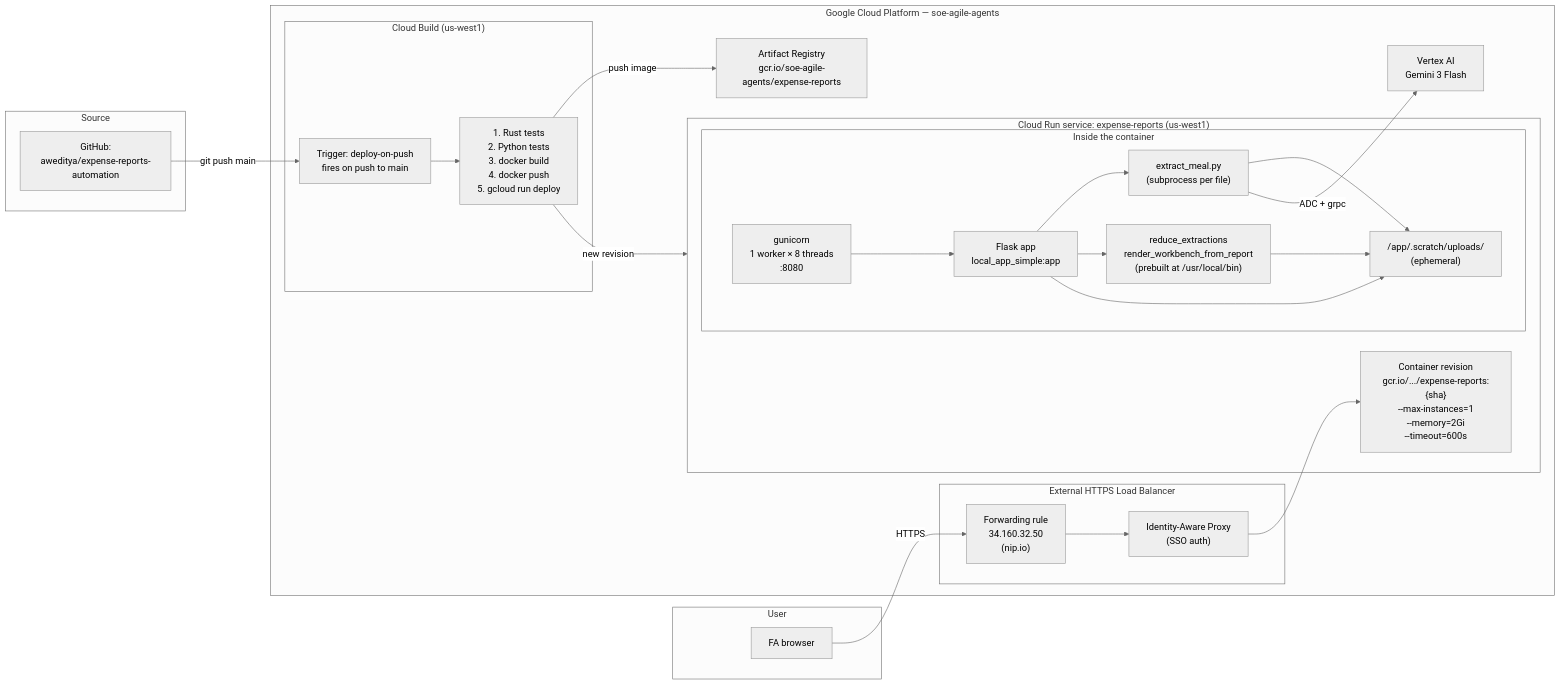
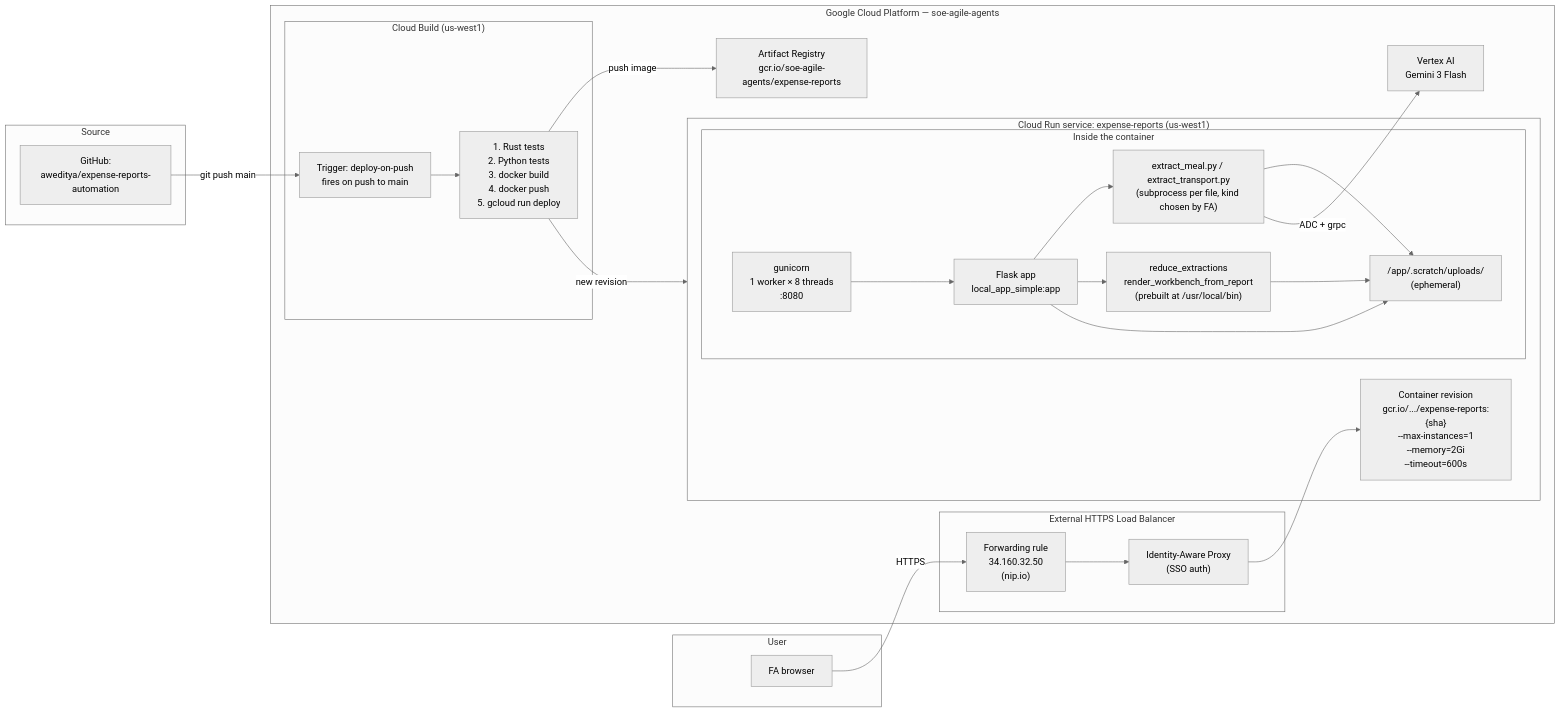
Before and after one commit to aweditya/expense-reports-automation: the fourth of 5 diagrams in docs/SPEC.md, drawn with Mermaid (neutral theme). The commit also changed other lines of this file, not shown here.

````diff
--- a/docs/SPEC.md
+++ b/docs/SPEC.md
@@ -195,52 +215,52 @@
 ```mermaid
 graph LR
     subgraph User["User"]
         Browser["FA browser"]
     end
 
     subgraph GCP["Google Cloud Platform — soe-agile-agents"]
         subgraph LB["External HTTPS Load Balancer"]
             LBFR["Forwarding rule<br/>34.160.32.50<br/>(nip.io)"]
             IAP["Identity-Aware Proxy<br/>(SSO auth)"]
         end
 
         subgraph CR["Cloud Run service: expense-reports (us-west1)"]
             Container["Container revision<br/>gcr.io/.../expense-reports:{sha}<br/>--max-instances=1<br/>--memory=2Gi<br/>--timeout=600s"]
             subgraph Process["Inside the container"]
                 Gunicorn["gunicorn<br/>1 worker × 8 threads<br/>:8080"]
                 Flask2["Flask app<br/>local_app_simple:app"]
-                PyExt["extract_meal.py<br/>(subprocess per file)"]
+                PyExt["extract_meal.py / extract_transport.py<br/>(subprocess per file, kind chosen by FA)"]
                 RustBin["reduce_extractions<br/>render_workbench_from_report<br/>(prebuilt at /usr/local/bin)"]
                 Scratch["/app/.scratch/uploads/<br/>(ephemeral)"]
             end
         end
 
         Vertex["Vertex AI<br/>Gemini 3 Flash"]
         Registry["Artifact Registry<br/>gcr.io/soe-agile-agents/expense-reports"]
 
         subgraph CB["Cloud Build (us-west1)"]
             Trigger["Trigger: deploy-on-push<br/>fires on push to main"]
             BuildSteps["1. Rust tests<br/>2. Python tests<br/>3. docker build<br/>4. docker push<br/>5. gcloud run deploy"]
         end
     end
 
     subgraph Source["Source"]
         GH["GitHub:<br/>aweditya/expense-reports-automation"]
     end
 
     Browser -->|HTTPS| LBFR
     LBFR --> IAP
     IAP --> Container
     Gunicorn --> Flask2
     Flask2 --> PyExt
     Flask2 --> RustBin
     Flask2 --> Scratch
     PyExt --> Scratch
     RustBin --> Scratch
     PyExt -->|ADC + grpc| Vertex
 
     GH -->|git push main| Trigger
     Trigger --> BuildSteps
     BuildSteps -->|push image| Registry
     BuildSteps -->|new revision| CR
 ```
````
